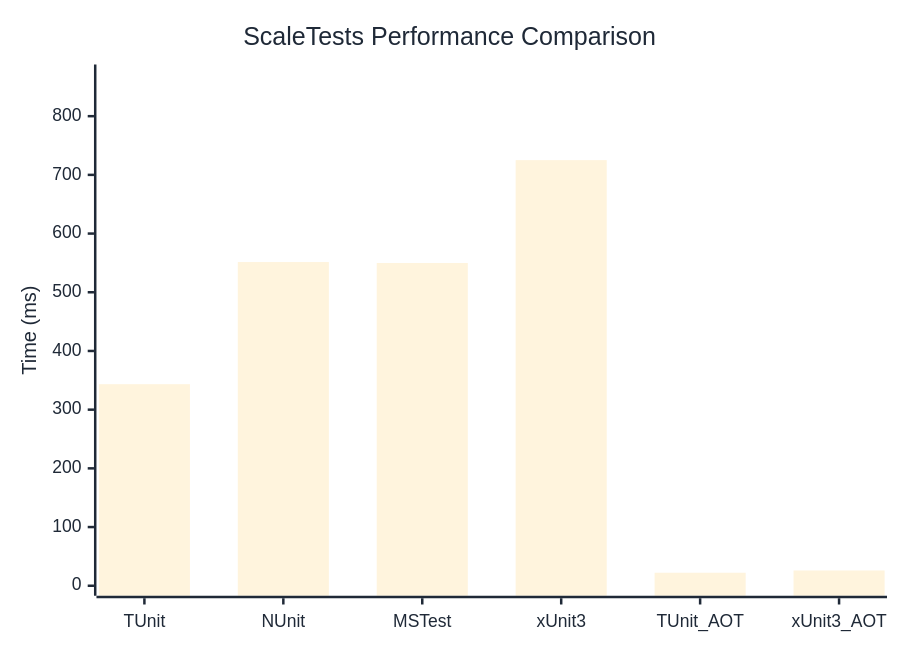
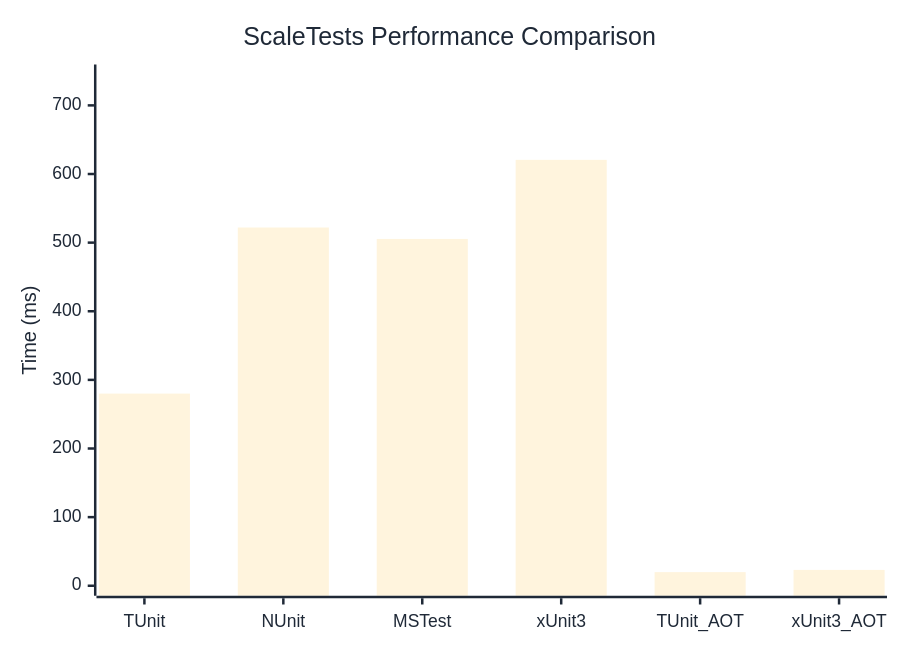
The diagram in docs/docs/benchmarks/engine/ScaleTests.md (thomhurst/TUnit), drawn with Mermaid before and after one commit. The commit also changed other lines of this file and 18 other files, not shown here.

````diff
--- a/docs/docs/benchmarks/engine/ScaleTests.md
+++ b/docs/docs/benchmarks/engine/ScaleTests.md
@@ -30,37 +30,37 @@
 ```mermaid
 %%{init: {
   'theme':'base',
   'themeVariables': {
     'primaryColor': '#2563eb',
     'primaryTextColor': '#1f2937',
     'primaryBorderColor': '#1e40af',
     'lineColor': '#6b7280',
     'secondaryColor': '#7c3aed',
     'tertiaryColor': '#dc2626',
     'background': '#ffffff',
     'mainBkg': '#2563eb',
     'secondBkg': '#7c3aed',
     'tertiaryBkg': '#dc2626',
     'clusterBkg': '#f3f4f6',
     'edgeLabelBackground': '#ffffff',
     'tertiaryTextColor': '#1f2937',
     'pie1': '#2563eb',
     'pie2': '#7c3aed',
     'pie3': '#dc2626',
     'pie4': '#f59e0b',
     'pie5': '#10b981',
     'pie6': '#06b6d4',
     'pie7': '#ec4899',
     'pie8': '#6366f1',
     'pie9': '#84cc16',
     'pie10': '#f97316',
     'pie11': '#14b8a6',
     'pie12': '#a855f7'
   }
 }}%%
 xychart-beta
   title "ScaleTests Performance Comparison"
   x-axis ["TUnit", "NUnit", "MSTest", "xUnit3", "TUnit_AOT", "xUnit3_AOT"]
-  y-axis "Time (ms)" 0 --> 871
-  bar [343.4, 551.49, 549.9, 725.09, 22.19, 26.04]
+  y-axis "Time (ms)" 0 --> 745
+  bar [280.02, 522.04, 505.4, 620.62, 19.86, 23.07]
 ```
````
